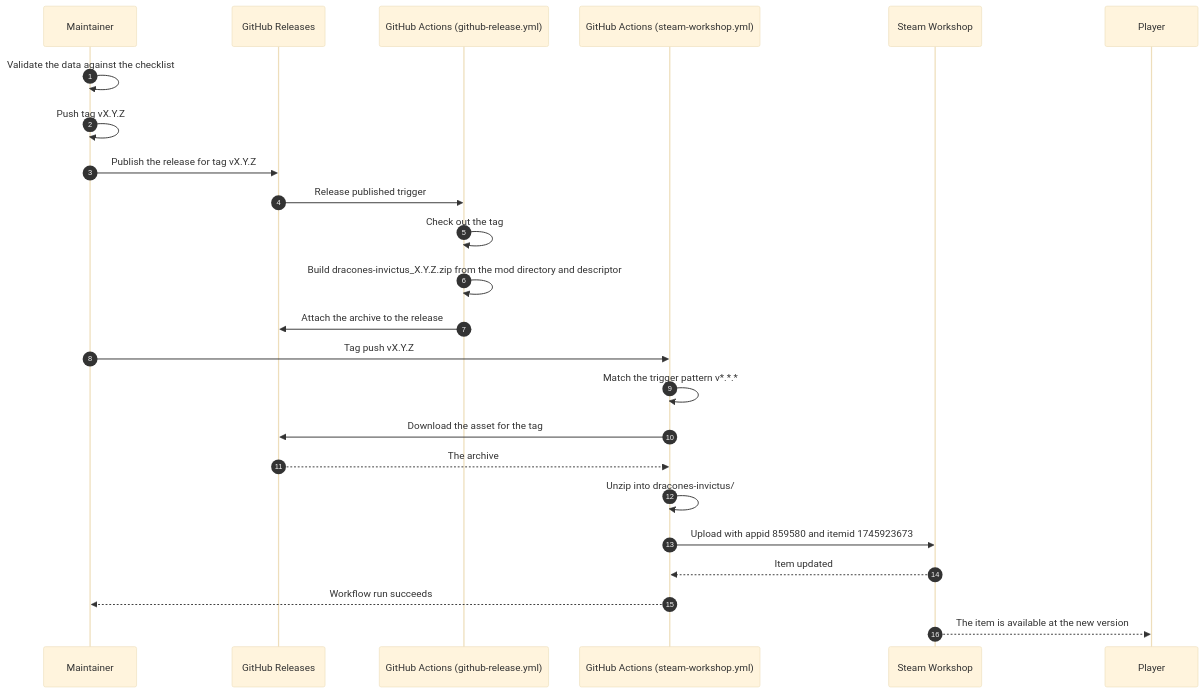
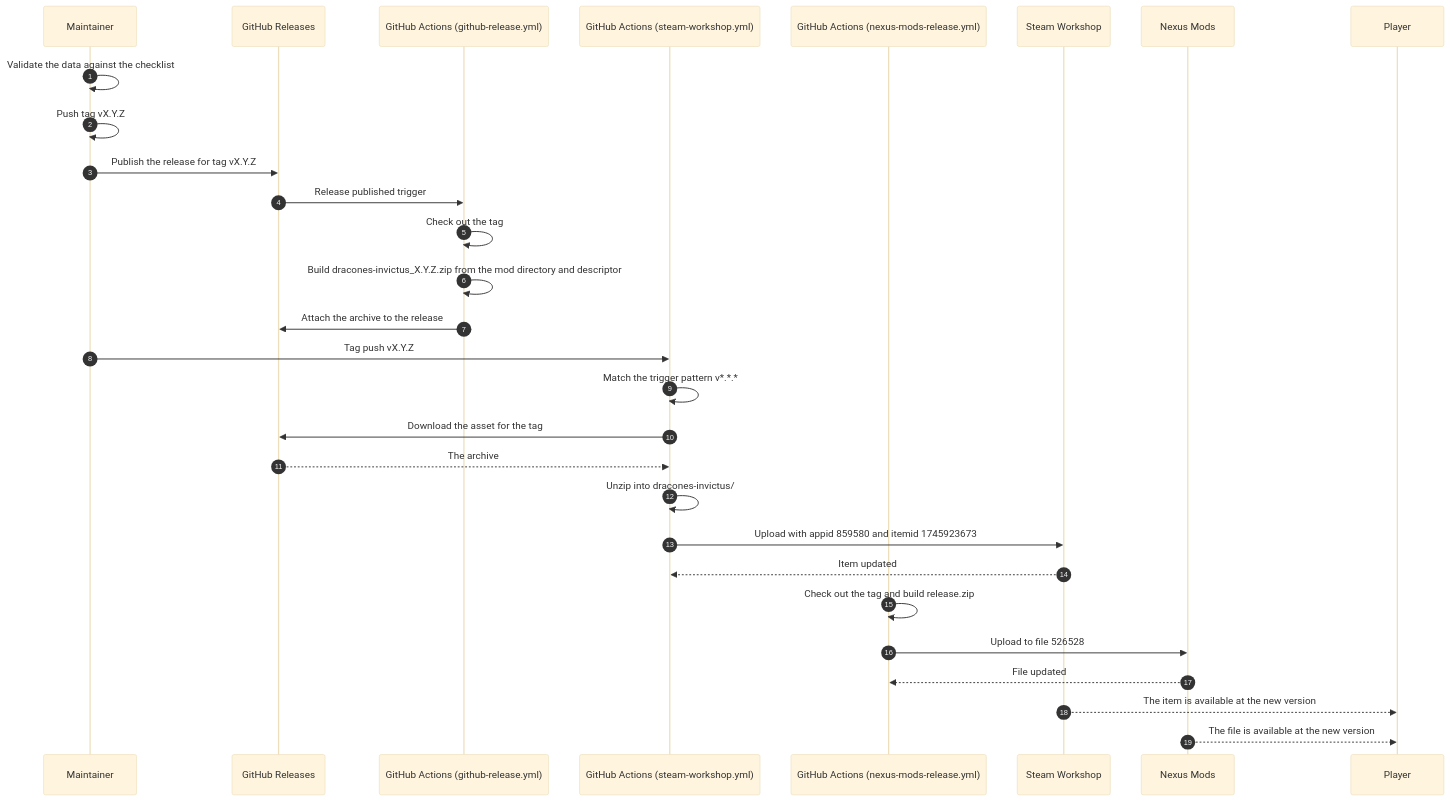
The first of 2 diagrams in docs/flows/release-and-publishing.md (hmlendea/imperator-dracones-invictus), drawn with Mermaid (base theme) before and after one commit. The commit also changed other lines of this file and 24 other files, not shown here.

Commit message:
ci: Created the Nexus Mods Release workflow

````diff
--- a/docs/flows/release-and-publishing.md
+++ b/docs/flows/release-and-publishing.md
@@ -13,27 +13,32 @@
 ```mermaid
 sequenceDiagram
     autonumber
     participant M as Maintainer
     participant G as GitHub Releases
     participant A as GitHub Actions (github-release.yml)
     participant W as GitHub Actions (steam-workshop.yml)
+    participant N as GitHub Actions (nexus-mods-release.yml)
     participant S as Steam Workshop
+    participant X as Nexus Mods
     participant P as Player
 
     M->>M: Validate the data against the checklist
     M->>M: Push tag vX.Y.Z
     M->>G: Publish the release for tag vX.Y.Z
     G->>A: Release published trigger
     A->>A: Check out the tag
     A->>A: Build dracones-invictus_X.Y.Z.zip from the mod directory and descriptor
     A->>G: Attach the archive to the release
     M->>W: Tag push vX.Y.Z
     W->>W: Match the trigger pattern v*.*.*
     W->>G: Download the asset for the tag
     G-->>W: The archive
     W->>W: Unzip into dracones-invictus/
     W->>S: Upload with appid 859580 and itemid 1745923673
     S-->>W: Item updated
-    W-->>M: Workflow run succeeds
+    N->>N: Check out the tag and build release.zip
+    N->>X: Upload to file 526528
+    X-->>N: File updated
     S-->>P: The item is available at the new version
+    X-->>P: The file is available at the new version
 ```
````
